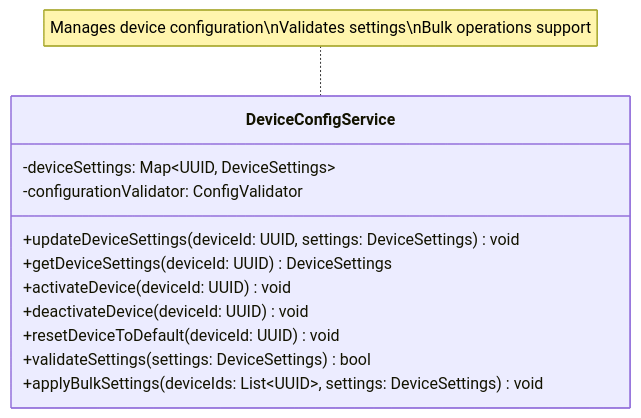
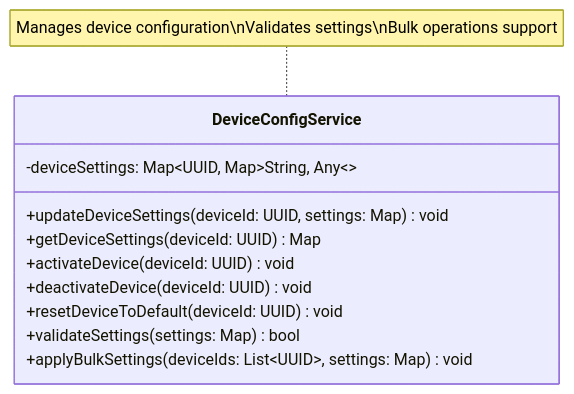
One commit to mj010101/swe_25f changed the tenth of 13 diagrams in diagrams/business_class_diagram.md. Above: the diagram before and after it, drawn with Mermaid. The commit also changed other lines of this file and 4 other files, not shown here.

````diff
--- a/diagrams/business_class_diagram.md
+++ b/diagrams/business_class_diagram.md
@@ -342,18 +312,17 @@
 ```mermaid
 classDiagram
     direction TB
 
     class DeviceConfigService {
-        -deviceSettings: Map~UUID, DeviceSettings~
-        -configurationValidator: ConfigValidator
-        +updateDeviceSettings(deviceId: UUID, settings: DeviceSettings) void
-        +getDeviceSettings(deviceId: UUID) DeviceSettings
+        -deviceSettings: Map~UUID, Map~String, Any~~
+        +updateDeviceSettings(deviceId: UUID, settings: Map) void
+        +getDeviceSettings(deviceId: UUID) Map
         +activateDevice(deviceId: UUID) void
         +deactivateDevice(deviceId: UUID) void
         +resetDeviceToDefault(deviceId: UUID) void
-        +validateSettings(settings: DeviceSettings) bool
-        +applyBulkSettings(deviceIds: List~UUID~, settings: DeviceSettings) void
+        +validateSettings(settings: Map) bool
+        +applyBulkSettings(deviceIds: List~UUID~, settings: Map) void
     }
 
     note for DeviceConfigService "Manages device configuration\nValidates settings\nBulk operations support"
 ```
````
